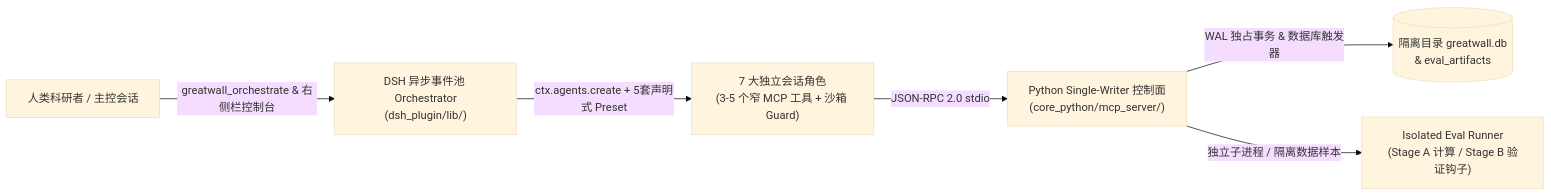
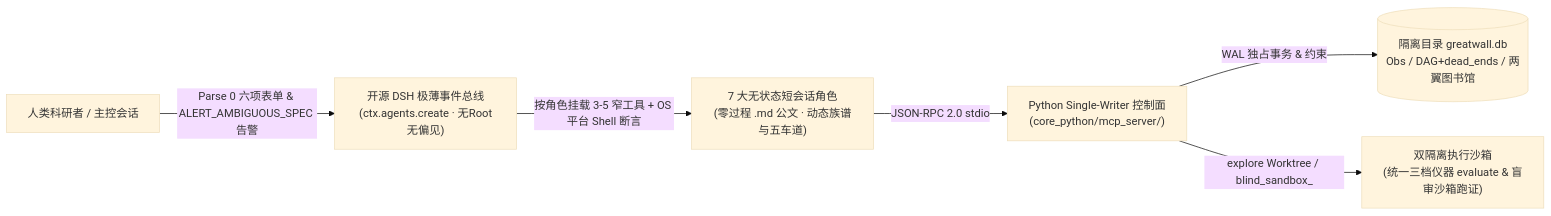
One commit to Qingzhu093/greatwall-agent changed the diagram in README.md. Above: the diagram before and after it, drawn with Mermaid (base theme). The commit also changed other lines of this file and 19 other files, not shown here.

Commit message:
docs(v3.0): upgrade architecture, agent_kb, engineering handoff and README to v3.0

````diff
--- a/README.md
+++ b/README.md
@@ -12,8 +14,8 @@
 ```mermaid
 flowchart LR
-    User["人类科研者 / 主控会话"] -->|greatwall_orchestrate & 右侧栏控制台| Orch["DSH 异步事件池 Orchestrator\n(dsh_plugin/lib/)"]
-    Orch -->|ctx.agents.create + 5套声明式 Preset| Agents["7 大独立会话角色\n(3-5 个窄 MCP 工具 + 沙箱 Guard)"]
+    User["人类科研者 / 主控会话"] -->|Parse 0 六项表单 & ALERT_AMBIGUOUS_SPEC 告警| Orch["开源 DSH 极薄事件总线\n(ctx.agents.create · 无Root无偏见)"]
+    Orch -->|按角色挂载 3-5 窄工具 + OS 平台 Shell 断言| Agents["7 大无状态短会话角色\n(零过程 .md 公文 · 动态族谱与五车道)"]
     Agents -->|JSON-RPC 2.0 stdio| MCP["Python Single-Writer 控制面\n(core_python/mcp_server/)"]
-    MCP -->|WAL 独占事务 & 数据库触发器| DB[("隔离目录 greatwall.db\n& eval_artifacts")]
-    MCP -->|独立子进程 / 隔离数据样本| Runner["Isolated Eval Runner\n(Stage A 计算 / Stage B 验证钩子)"]
+    MCP -->|WAL 独占事务 & 约束| DB[("隔离目录 greatwall.db\nObs / DAG+dead_ends / 两翼图书馆")]
+    MCP -->|explore Worktree / blind_sandbox_<review_id>| Runner["双隔离执行沙箱\n(统一三档仪器 evaluate & 盲审沙箱跑证)"]
 ```
````
